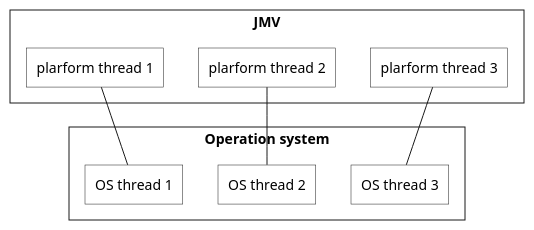
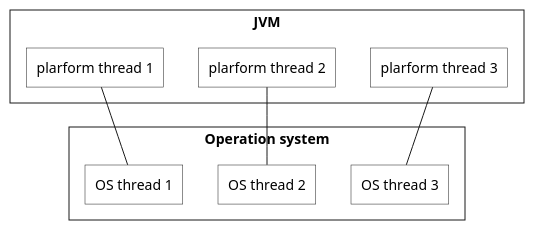
Before and after one commit to ti-cortex-m4/demo-java-virtual-threads2: the diagram in images/platform_threads.puml, drawn with PlantUML. The commit also changed 2 other files, not shown here.

```diff
--- a/images/platform_threads.puml
+++ b/images/platform_threads.puml
@@ -1,27 +1,27 @@
 @startuml
 
 skinparam {
     defaultTextAlignment center
     roundCorner 0
     CardBackgroundColor transparent
     RectangleBackgroundColor transparent
     RectangleFontName Source Sans Pro
 }
 
-rectangle JMV {
+rectangle JVM {
   rectangle "plarform thread 1" as PlatformThread1
   rectangle "plarform thread 2" as PlatformThread2
   rectangle "plarform thread 3" as PlatformThread3
 }
 
 rectangle "Operation system" {
   rectangle "OS thread 1" as OsThread1
   rectangle "OS thread 2" as OsThread2
   rectangle "OS thread 3" as OsThread3
 }
 
 OsThread1 -up- PlatformThread1
 OsThread2 -up- PlatformThread2
 OsThread3 -up- PlatformThread3
 
 @enduml
```
